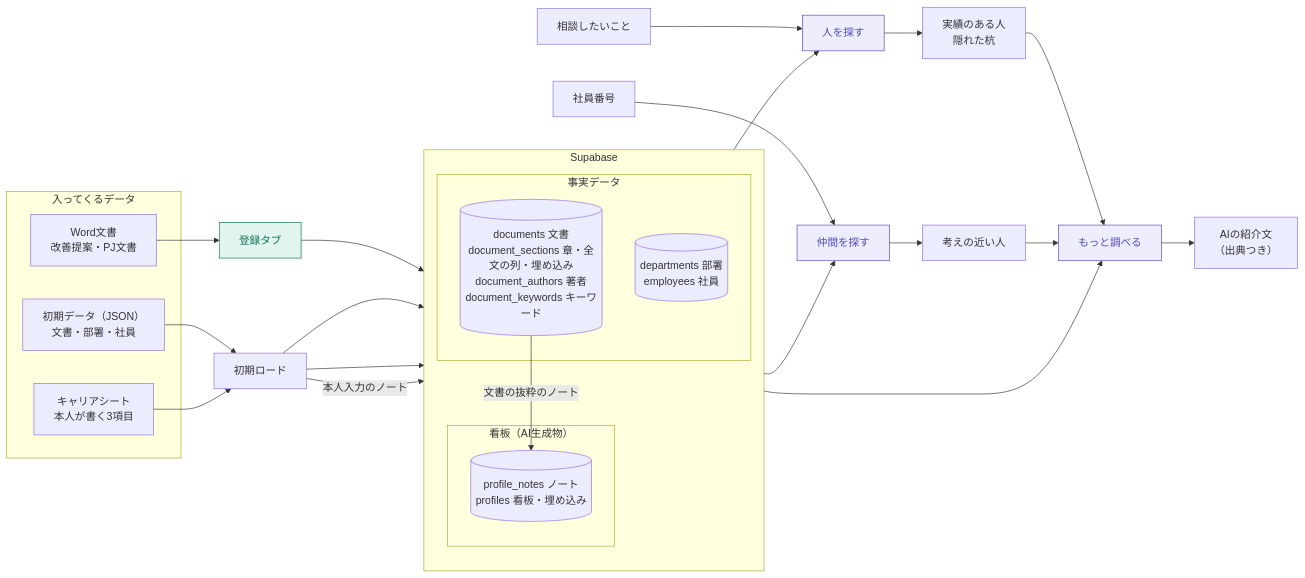
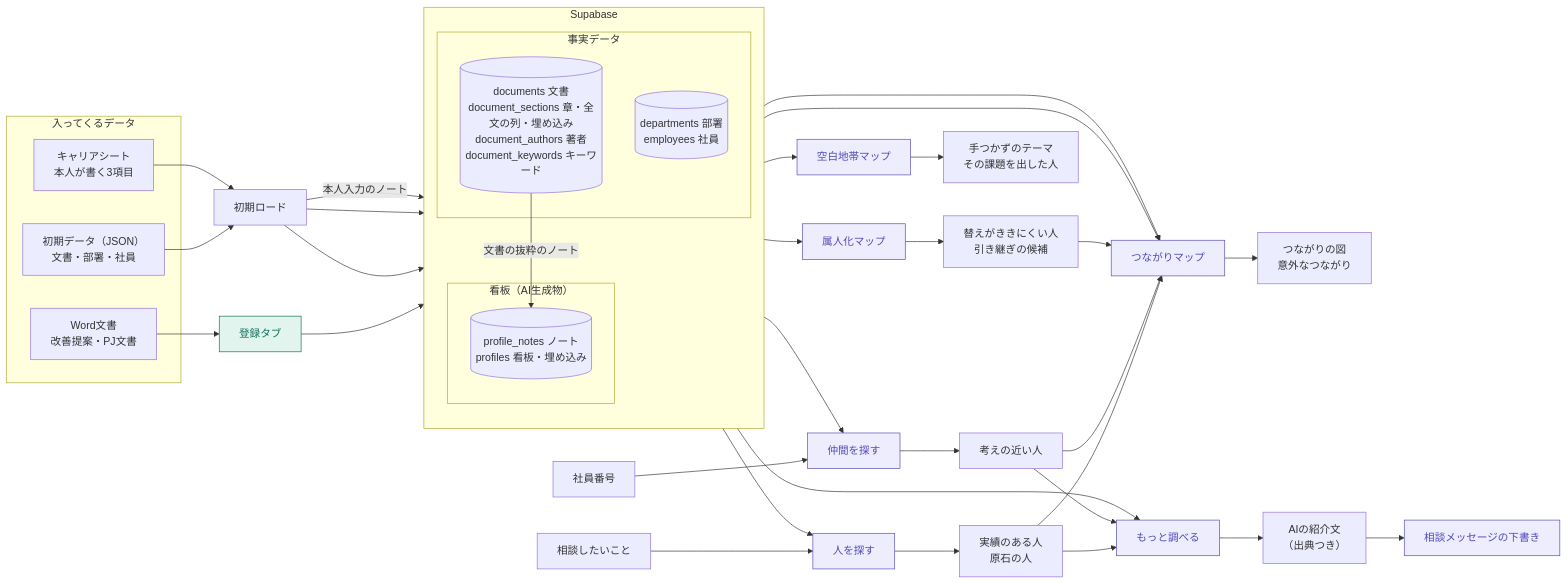
Before and after one commit to emon0415/DATA-TRIANGLE_261013: the first of 7 diagrams in docs/data_flow.md, drawn with Mermaid. The commit also changed other lines of this file and 3 other files, not shown here.

First line of the commit message:
構成図を、公開（Streamlit Community Cloud）と追加機能に合わせて更新

````diff
--- a/docs/data_flow.md
+++ b/docs/data_flow.md
@@ -13,44 +13,54 @@
 ```mermaid
 flowchart LR
     subgraph IN["入ってくるデータ"]
         W["Word文書<br>改善提案・PJ文書"]
         J["初期データ（JSON）<br>文書・部署・社員"]
         C["キャリアシート<br>本人が書く3項目"]
     end
 
     subgraph DB["Supabase"]
         direction TB
         subgraph FACT["事実データ"]
             T_DOC[("documents 文書<br>document_sections 章・全文の列・埋め込み<br>document_authors 著者<br>document_keywords キーワード")]
             T_MST[("departments 部署<br>employees 社員")]
         end
         subgraph AI["看板（AI生成物）"]
             T_PRF[("profile_notes ノート<br>profiles 看板・埋め込み")]
         end
     end
 
     W --> REG["登録タブ"]
     REG --> T_DOC
     J --> LOAD["初期ロード"]
     LOAD --> T_DOC & T_MST
     C --> LOAD
     LOAD -- "本人入力のノート" --> T_PRF
     T_DOC -- "文書の抜粋のノート" --> T_PRF
 
     Q["相談したいこと"] --> S1["人を探す"]
     T_DOC --> S1
-    S1 --> O1["実績のある人<br>隠れた杭"]
+    S1 --> O1["実績のある人<br>原石の人"]
+
+    T_DOC --> S4["属人化マップ"]
+    S4 --> O4["替えがききにくい人<br>引き継ぎの候補"]
+    T_DOC --> S5["空白地帯マップ"]
+    S5 --> O5["手つかずのテーマ<br>その課題を出した人"]
 
     N["社員番号"] --> S2["仲間を探す"]
     T_PRF --> S2
     S2 --> O2["考えの近い人"]
 
+    O1 & O2 & O4 --> S6["つながりマップ"]
+    T_PRF & T_MST --> S6
+    S6 --> O6["つながりの図<br>意外なつながり"]
+
     O1 & O2 --> S3["もっと調べる"]
     T_PRF --> S3
     S3 --> O3["AIの紹介文<br>（出典つき）"]
+    O3 --> S7["相談メッセージの下書き"]
 
     classDef reg fill:#E1F5EE,stroke:#0F6E56,color:#0F6E56
     classDef srch fill:#EEEDFE,stroke:#534AB7,color:#534AB7
     class REG reg
-    class S1,S2,S3 srch
+    class S1,S2,S3,S4,S5,S6,S7 srch
 ```
````
